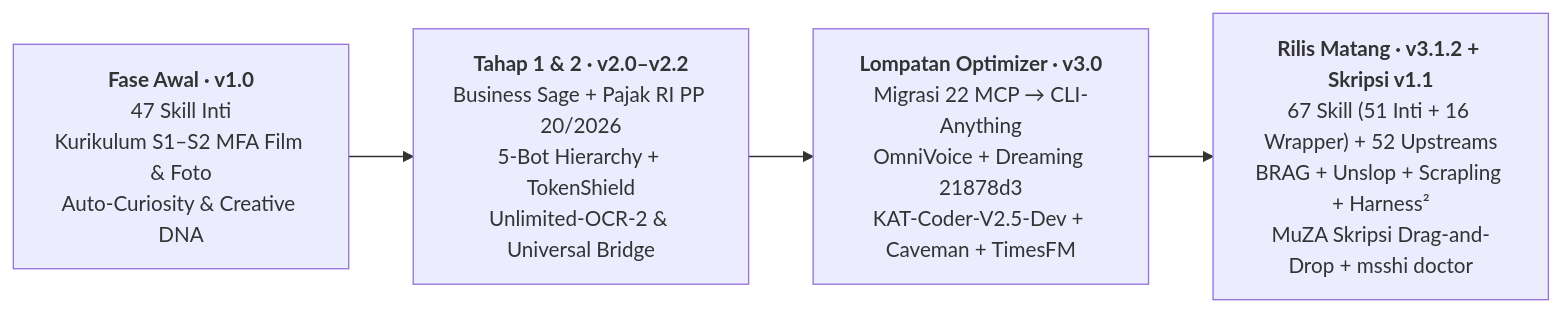
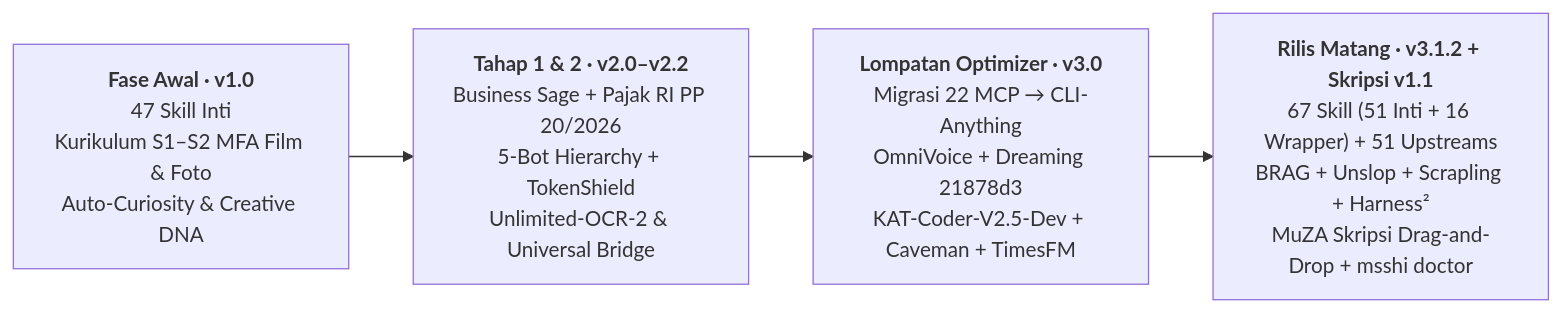
Before and after one commit to zidanaisar624/MSSHI-Mega-Semar-Sang-Hyang-Ismaya: the first of 2 diagrams in README.md, drawn with Mermaid. The commit also changed other lines of this file and 97 other files, not shown here.

````diff
--- a/README.md
+++ b/README.md
@@ -107,6 +113,6 @@
 ```mermaid
 flowchart LR
     V1["<b>Fase Awal · v1.0</b><br/>47 Skill Inti<br/>Kurikulum S1–S2 MFA Film &amp; Foto<br/>Auto-Curiosity &amp; Creative DNA"] --> V2["<b>Tahap 1 &amp; 2 · v2.0–v2.2</b><br/>Business Sage + Pajak RI PP 20/2026<br/>5-Bot Hierarchy + TokenShield<br/>Unlimited-OCR-2 &amp; Universal Bridge"]
     V2 --> V3["<b>Lompatan Optimizer · v3.0</b><br/>Migrasi 22 MCP &rarr; CLI-Anything<br/>OmniVoice + Dreaming 21878d3<br/>KAT-Coder-V2.5-Dev + Caveman + TimesFM"]
-    V3 --> V31["<b>Rilis Matang · v3.1.2 + Skripsi v1.1</b><br/>67 Skill (51 Inti + 16 Wrapper) + 52 Upstreams<br/>BRAG + Unslop + Scrapling + Harness²<br/>MuZA Skripsi Drag-and-Drop + msshi doctor"]
+    V3 --> V31["<b>Rilis Matang · v3.1.2 + Skripsi v1.1</b><br/>67 Skill (51 Inti + 16 Wrapper) + 51 Upstreams<br/>BRAG + Unslop + Scrapling + Harness²<br/>MuZA Skripsi Drag-and-Drop + msshi doctor"]
 ```
````
